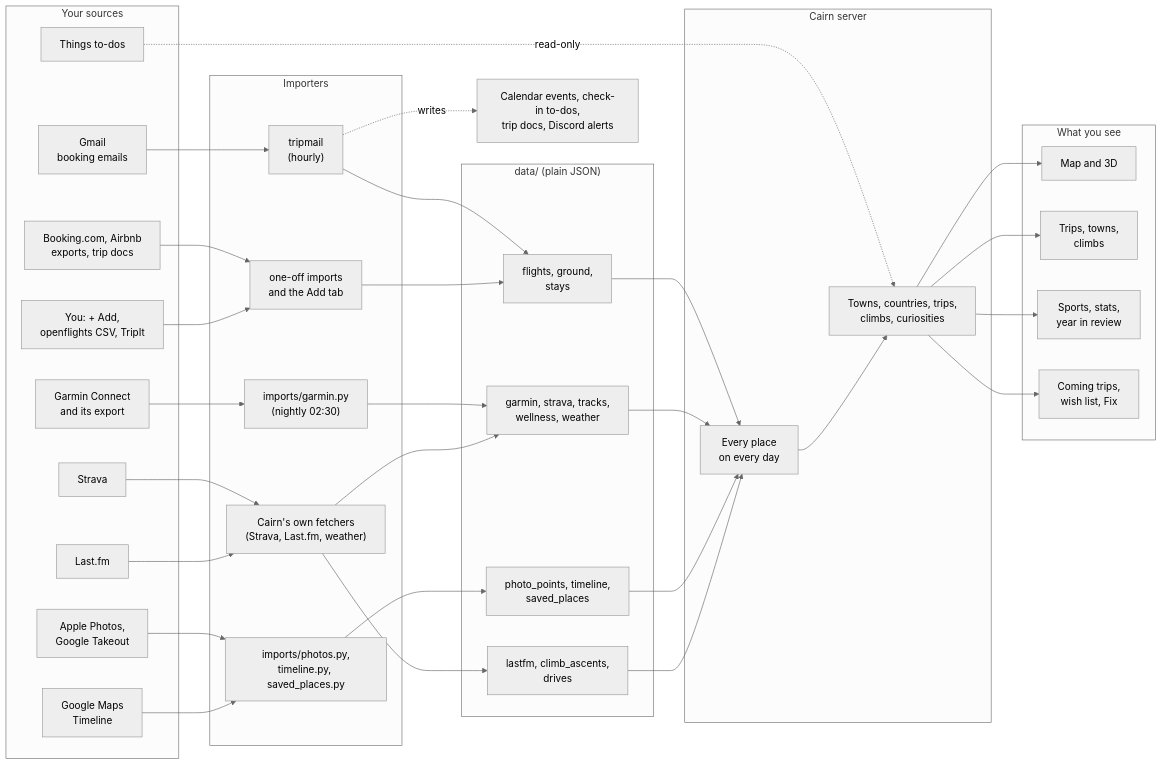
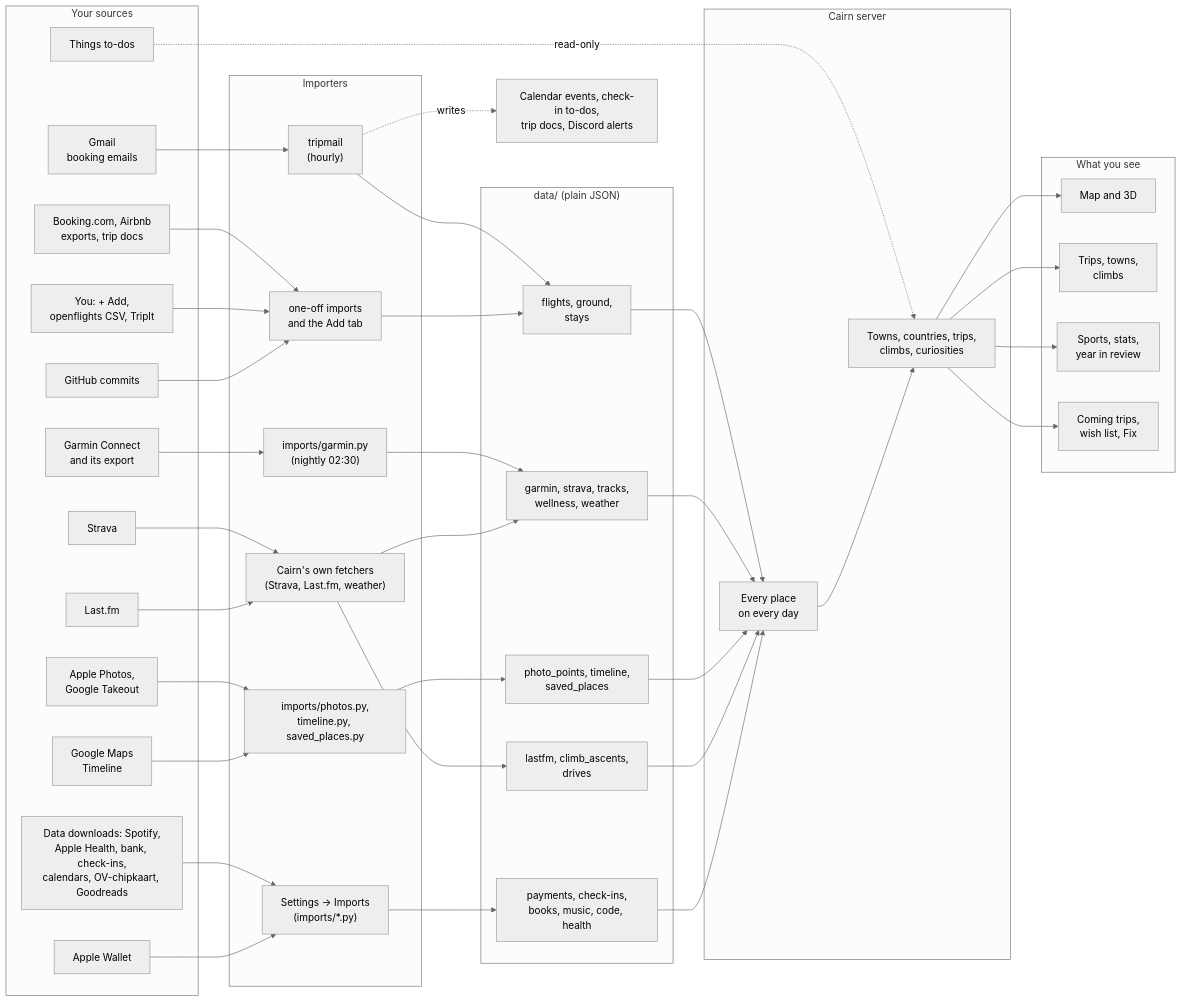
The first of 3 diagrams in README.md (bazilinskyy/cairn), drawn with Mermaid (neutral theme) before and after one commit. The commit also changed 7 other files, not shown here.

Commit message:
Curiosities and Settings screenshots whole, without the empty space below; every source in the README's diagram; Apple Wallet in Settings tells when a pass last came instead of "Not imported yet"

````diff
--- a/README.md
+++ b/README.md
@@ -97,54 +97,62 @@
 ```mermaid
 flowchart LR
   subgraph sources["Your sources"]
     gmail["Gmail<br>booking emails"]
     exports["Booking.com, Airbnb<br>exports, trip docs"]
     you["You: + Add,<br>openflights CSV, TripIt"]
     garmin["Garmin Connect<br>and its export"]
     strava["Strava"]
     photos["Apple Photos,<br>Google Takeout"]
     timeline["Google Maps<br>Timeline"]
     lastfm["Last.fm"]
     things["Things to-dos"]
+    downloads["Data downloads: Spotify,<br>Apple Health, bank, check-ins,<br>calendars, OV-chipkaart, Goodreads"]
+    wallet["Apple Wallet"]
+    github["GitHub commits"]
   end
 
   subgraph importers["Importers"]
     fm["tripmail<br>(hourly)"]
     once["one-off imports<br>and the Add tab"]
     gpy["imports/garmin.py<br>(nightly 02:30)"]
     srv["Cairn's own fetchers<br>(Strava, Last.fm, weather)"]
     ppy["imports/photos.py,<br>timeline.py, saved_places.py"]
+    ipy["Settings → Imports<br>(imports/*.py)"]
   end
 
   subgraph data["data/ (plain JSON)"]
     trav["flights, ground,<br>stays"]
     acts["garmin, strava, tracks,<br>wellness, weather"]
     pics["photo_points, timeline,<br>saved_places"]
     more["lastfm, climb_ascents,<br>drives"]
+    life["payments, check-ins,<br>books, music, code, health"]
   end
 
   subgraph cairn["Cairn server"]
     places["Every place<br>on every day"]
     build["Towns, countries, trips,<br>climbs, curiosities"]
   end
 
   subgraph pages["What you see"]
     map["Map and 3D"]
     tp["Trips, towns,<br>climbs"]
     st["Sports, stats,<br>year in review"]
     plan["Coming trips,<br>wish list, Fix"]
   end
 
   gmail --> fm --> trav
   exports --> once --> trav
   you --> once
   garmin --> gpy --> acts
   strava --> srv --> acts
   lastfm --> srv --> more
   photos --> ppy --> pics
   timeline --> ppy
+  downloads --> ipy --> life
+  wallet --> ipy
+  github --> once
   things -. read-only .-> build
-  trav & acts & pics & more --> places --> build
+  trav & acts & pics & more & life --> places --> build
   build --> map & tp & st & plan
   fm -. writes .-> out["Calendar events, check-in to-dos,<br>trip docs, Discord alerts"]
 ```
````
